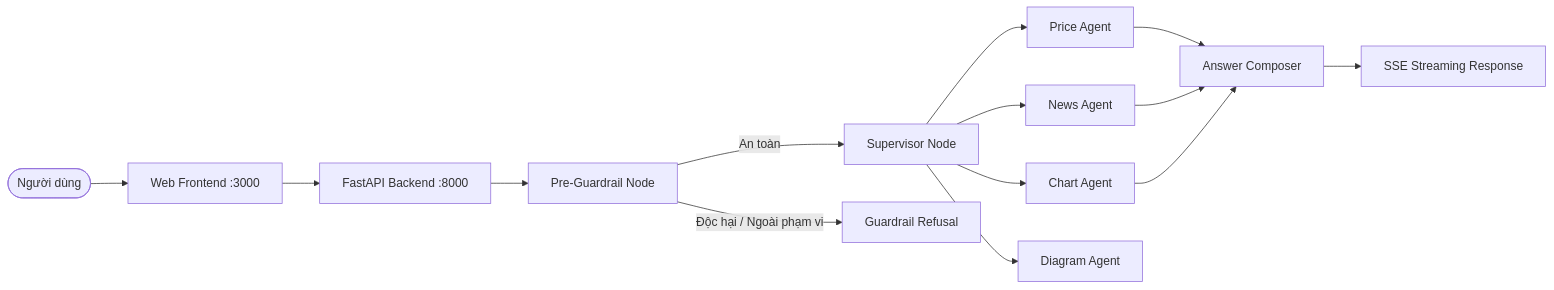
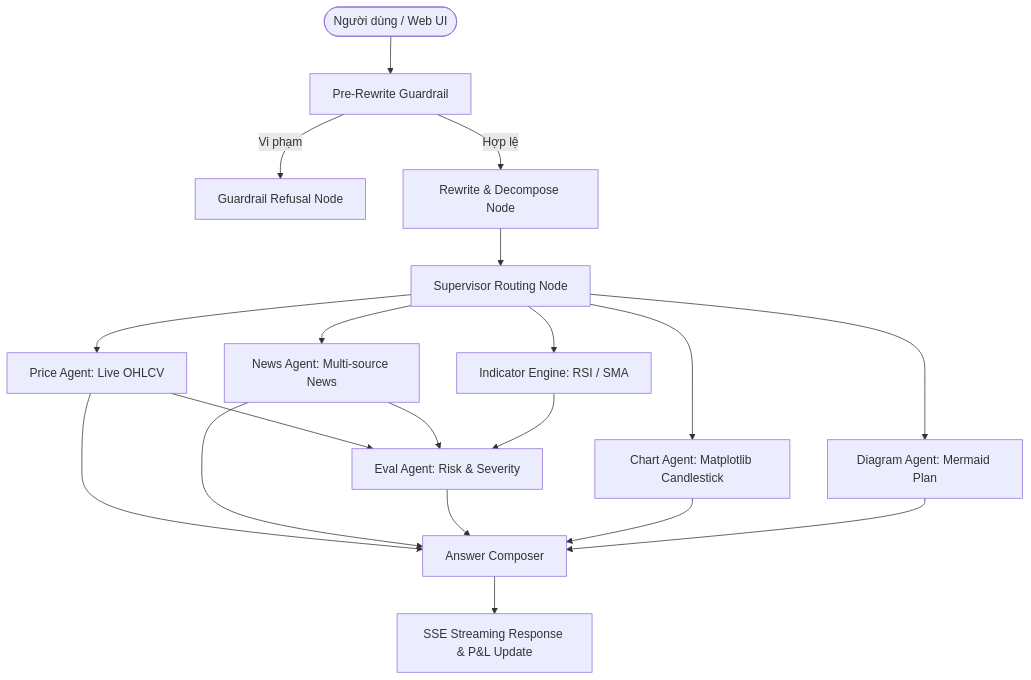
The diagram in llm-backend-ref-portfolio-watch/README.md (Anodis108/Agent_Stock), drawn with Mermaid before and after one commit. The commit also changed other lines of this file and 32 other files, not shown here.

````diff
--- a/llm-backend-ref-portfolio-watch/README.md
+++ b/llm-backend-ref-portfolio-watch/README.md
@@ -28,16 +31,25 @@
 ```mermaid
-graph LR
-    User([Người dùng]) --> WebUI[Web Frontend :3000]
-    WebUI --> API[FastAPI Backend :8000]
-    API --> Guardrail[Pre-Guardrail Node]
-    Guardrail -->|An toàn| Supervisor[Supervisor Node]
-    Guardrail -->|Độc hại / Ngoài phạm vi| Refusal[Guardrail Refusal]
-    Supervisor --> PriceAgent[Price Agent]
-    Supervisor --> NewsAgent[News Agent]
-    Supervisor --> ChartAgent[Chart Agent]
-    Supervisor --> DiagramAgent[Diagram Agent]
+graph TD
+    User([Người dùng / Web UI]) --> Guardrail[Pre-Rewrite Guardrail]
+    Guardrail -->|Vi phạm| Refusal[Guardrail Refusal Node]
+    Guardrail -->|Hợp lệ| Rewrite[Rewrite & Decompose Node]
+    Rewrite --> Supervisor[Supervisor Routing Node]
+    
+    Supervisor --> PriceAgent[Price Agent: Live OHLCV]
+    Supervisor --> NewsAgent[News Agent: Multi-source News]
+    Supervisor --> IndicatorEngine[Indicator Engine: RSI / SMA]
+    Supervisor --> ChartAgent[Chart Agent: Matplotlib Candlestick]
+    Supervisor --> DiagramAgent[Diagram Agent: Mermaid Plan]
+    
+    PriceAgent --> EvalAgent[Eval Agent: Risk & Severity]
+    NewsAgent --> EvalAgent
+    IndicatorEngine --> EvalAgent
+    
     PriceAgent --> Composer[Answer Composer]
     NewsAgent --> Composer
+    EvalAgent --> Composer
     ChartAgent --> Composer
-    Composer --> SSE[SSE Streaming Response]
+    DiagramAgent --> Composer
+    
+    Composer --> SSE[SSE Streaming Response & P&L Update]
 ```
````
